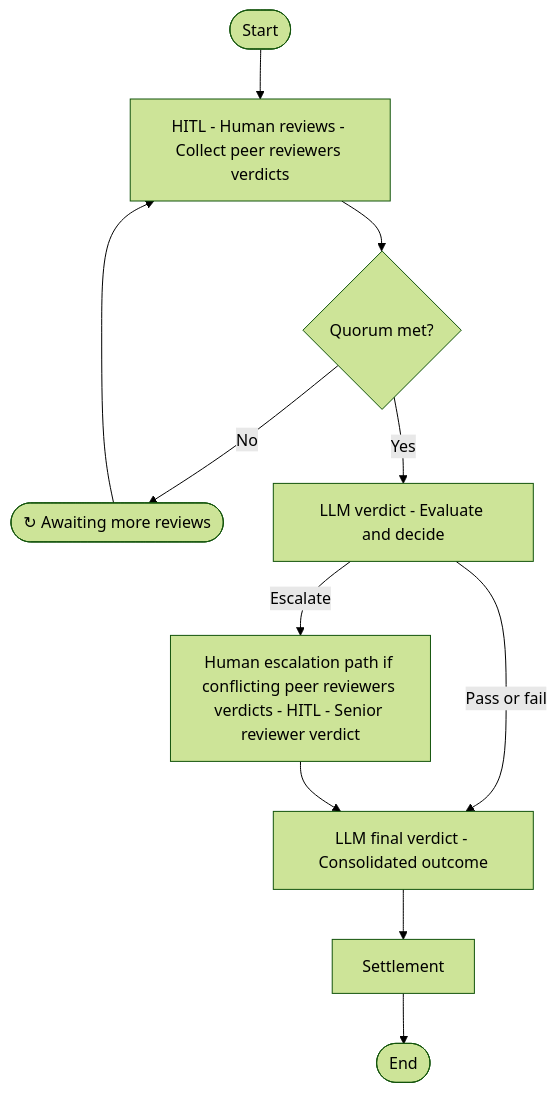
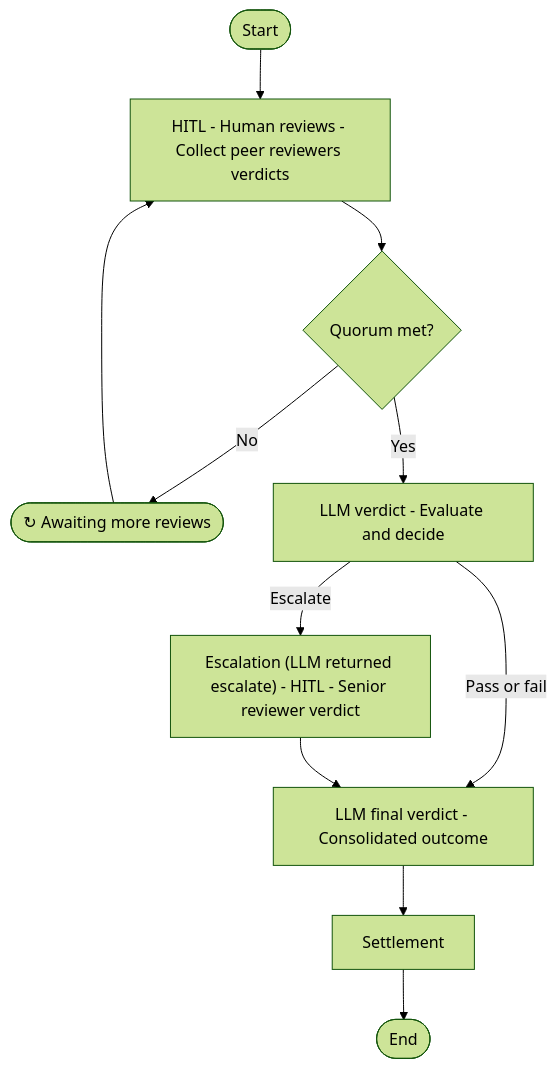
Before and after one commit to SiegfriedBz/BioVerify_Agentic_DApp: the second of 2 diagrams in packages/agents/graphs/review/README.md, drawn with Mermaid (forest theme). The commit also changed other lines of this file and 5 other files, not shown here.

````diff
--- a/packages/agents/graphs/review/README.md
+++ b/packages/agents/graphs/review/README.md
@@ -41,25 +41,25 @@
 ```mermaid
     graph TD
     START([Start]) --> humanReviewsNode
 
     humanReviewsNode["HITL - Human reviews - Collect peer reviewers verdicts"]
     quorumCheck{Quorum met?}
 
     humanReviewsNode --> quorumCheck
     quorumCheck -->|No| waitNode(["↻ Awaiting more reviews"])
     waitNode --> humanReviewsNode
     quorumCheck -->|Yes| llmVerdictNode
 
     llmVerdictNode["LLM verdict - Evaluate and decide"]
     llmVerdictNode -->|Pass or fail| llmFinalVerdictNode
     llmVerdictNode -->|Escalate| seniorReviewNode
 
-    seniorReviewNode["Human escalation path if conflicting peer reviewers verdicts - HITL - Senior reviewer verdict"]
+    seniorReviewNode["Escalation (LLM returned escalate) - HITL - Senior reviewer verdict"]
     seniorReviewNode --> llmFinalVerdictNode
 
     llmFinalVerdictNode["LLM final verdict - Consolidated outcome"]
     llmFinalVerdictNode --> settlementNode
 
     settlementNode["Settlement"]
     settlementNode --> END([End])
 ```
````
